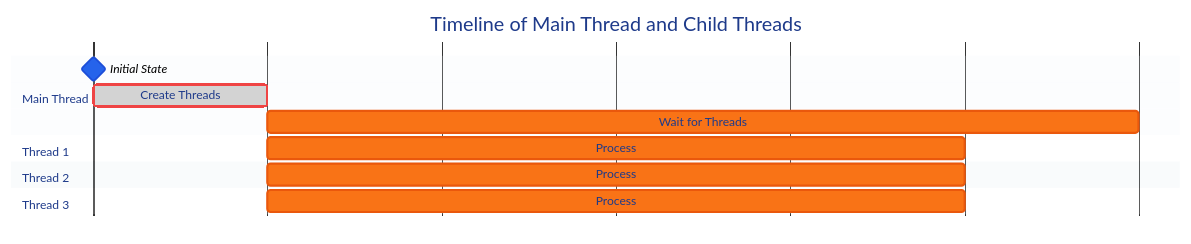
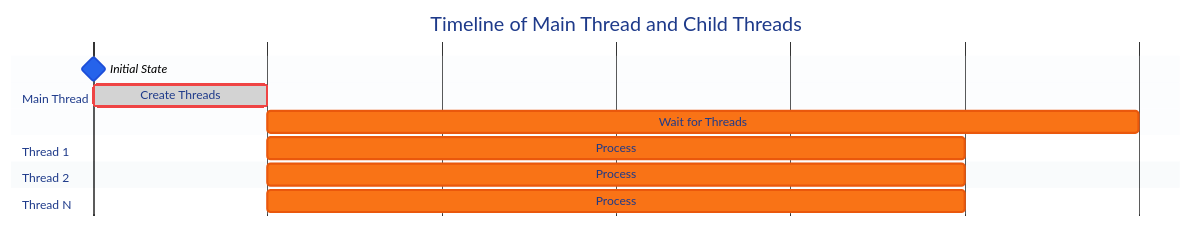
The second of 2 diagrams in README.md (rain1024/python-adventure), drawn with Mermaid before and after one commit.

````diff
--- a/README.md
+++ b/README.md
@@ -89,53 +89,53 @@
 ```mermaid
 gantt
     title Timeline of Main Thread and Child Threads
     dateFormat s
     axisFormat %S
     tickInterval 1second
 
     %% Colors from Tailwind CSS
     %% Main Thread - Blue
     section Main Thread
     Initial State :milestone, m0, 0, 0s
     Create Threads :crit, done, a1, 0, 1s
     Wait for Threads :active, a2, after a1, 5s
 
     %% Thread 1 - Red
     section Thread 1
     Process :active, t1, after a1, 4s
 
     %% Thread 2 - Orange
     section Thread 2
     Process :active, t2, after a1, 4s
 
     %% Thread 3 - Yellow
-    section Thread 3
+    section Thread N
     Process :active, t3, after a1, 4s
 
     %% Styling
     %%{ init: { 
         'theme': 'base',
         'themeVariables': {
             'primaryColor': '#2563eb',
             'primaryTextColor': '#ffffff',
             'primaryBorderColor': '#1d4ed8',
             'secondaryColor': '#3b82f6',
             'secondaryTextColor': '#ffffff',
             'secondaryBorderColor': '#2563eb',
             'tertiaryColor': '#60a5fa',
             'tertiaryTextColor': '#1e3a8a',
             'tertiaryBorderColor': '#3b82f6',
             'critBorderColor': '#ef4444',
             'critBkgColor': '#dc2626',
             'activeTaskBkgColor': '#f97316',
             'activeTaskBorderColor': '#ea580c',
             'taskTextColor': '#ffffff',
             'taskTextOutsideColor': '#000000',
             'taskTextLightColor': '#ffffff',
             'taskTextDarkColor': '#1e3a8a',
             'sectionBkgColor': '#f1f5f9',
             'sectionBkgColor2': '#e2e8f0',
             'todayLineColor': '#94a3b8'
         }
     } }%%
 ```
````
